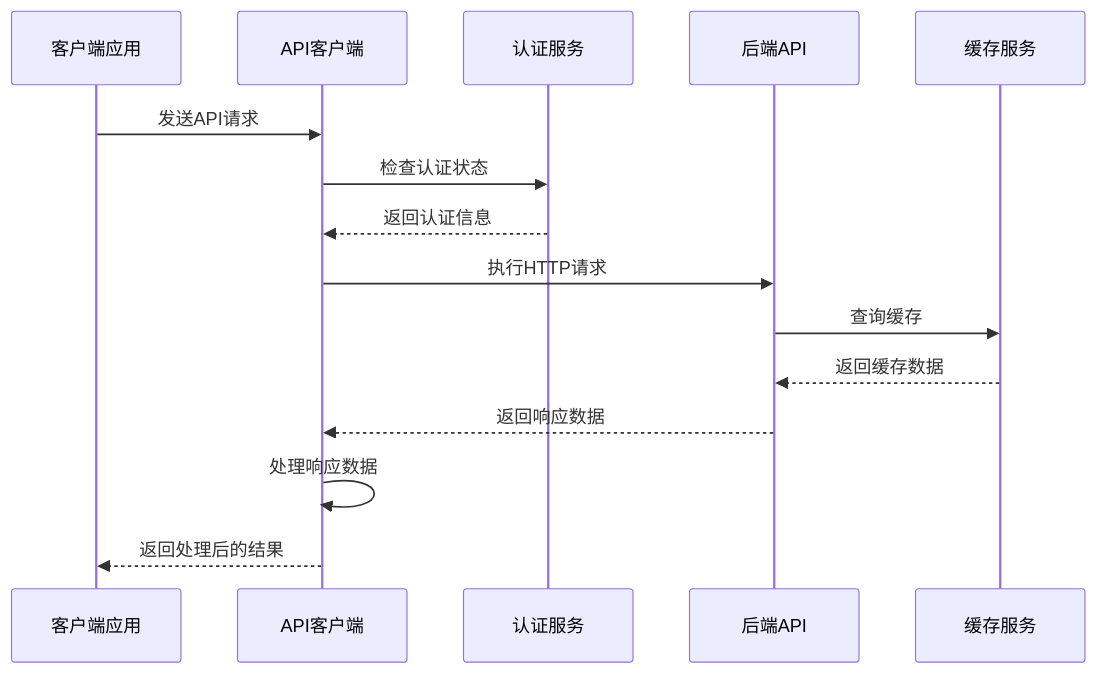
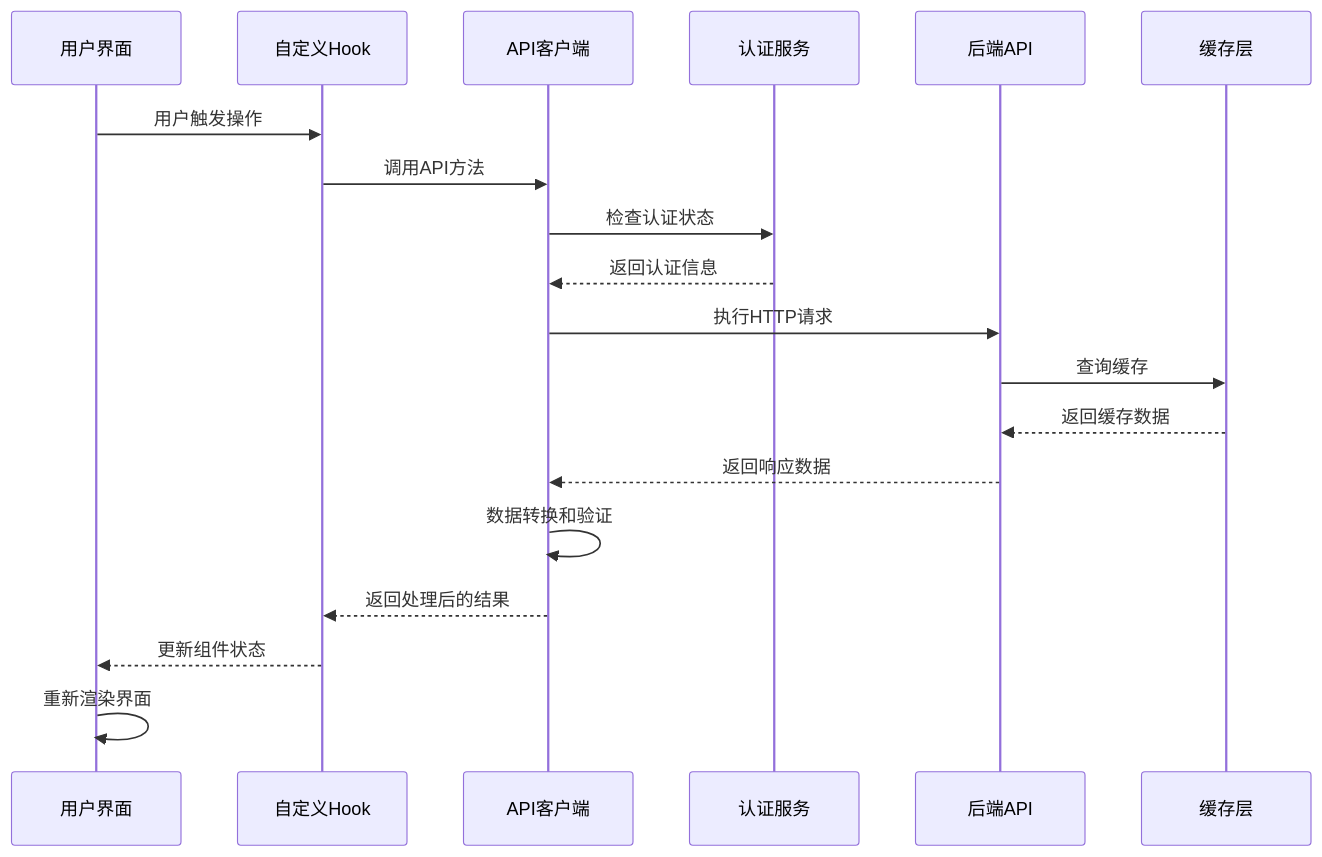
The seventh of 10 diagrams in .qoder/repowiki/zh/content/开发指南/前端开发指南.md (leimu-hue/AI-Trend-Tool), drawn with Mermaid before and after one commit. The commit also changed other lines of this file and 74 other files, not shown here.

````diff
--- a/.qoder/repowiki/zh/content/开发指南/前端开发指南.md
+++ b/.qoder/repowiki/zh/content/开发指南/前端开发指南.md
@@ -312,17 +403,21 @@
 ```mermaid
 sequenceDiagram
-participant Client as 客户端应用
+participant UI as 用户界面
+participant Hook as 自定义Hook
 participant APIClient as API客户端
 participant Auth as 认证服务
 participant Backend as 后端API
-participant Cache as 缓存服务
-Client->>APIClient : 发送API请求
+participant Cache as 缓存层
+UI->>Hook : 用户触发操作
+Hook->>APIClient : 调用API方法
 APIClient->>Auth : 检查认证状态
 Auth-->>APIClient : 返回认证信息
 APIClient->>Backend : 执行HTTP请求
 Backend->>Cache : 查询缓存
 Cache-->>Backend : 返回缓存数据
 Backend-->>APIClient : 返回响应数据
-APIClient->>APIClient : 处理响应数据
-APIClient-->>Client : 返回处理后的结果
+APIClient->>APIClient : 数据转换和验证
+APIClient-->>Hook : 返回处理后的结果
+Hook-->>UI : 更新组件状态
+UI->>UI : 重新渲染界面
 ```
````
